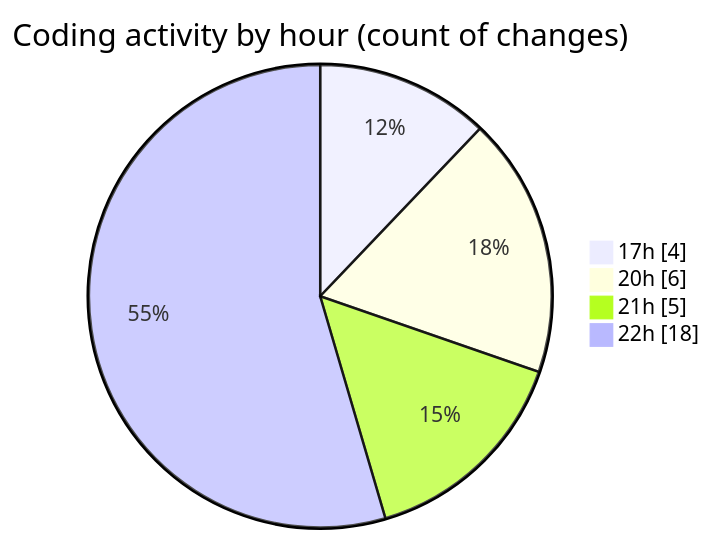
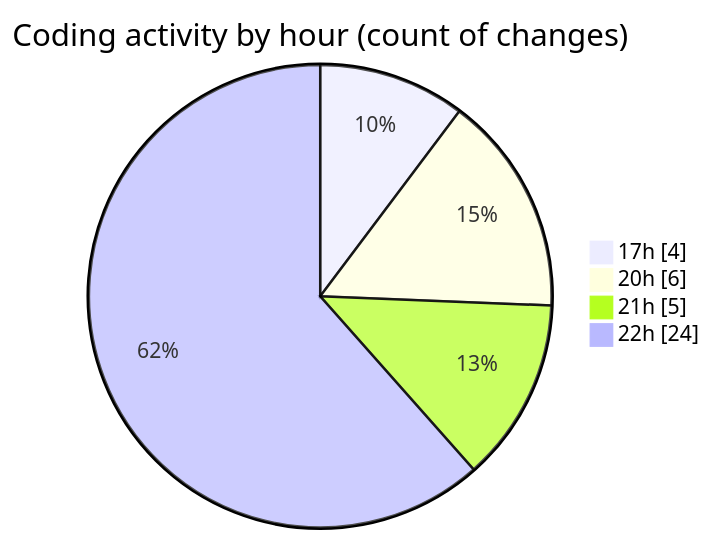
Before and after one commit to idhammustaqopulfikri/code-tracking: the second of 2 diagrams in 2025-05-16/booking/README.md, drawn with Mermaid. The commit also changed other lines of this file and 1 other file, not shown here.

````diff
--- a/2025-05-16/booking/README.md
+++ b/2025-05-16/booking/README.md
@@ -45,8 +48,8 @@
 ```mermaid
 pie showData
 title Coding activity by hour (count of changes)
 "17h" : 4
 "20h" : 6
 "21h" : 5
-"22h" : 18
+"22h" : 24
 ```
````
